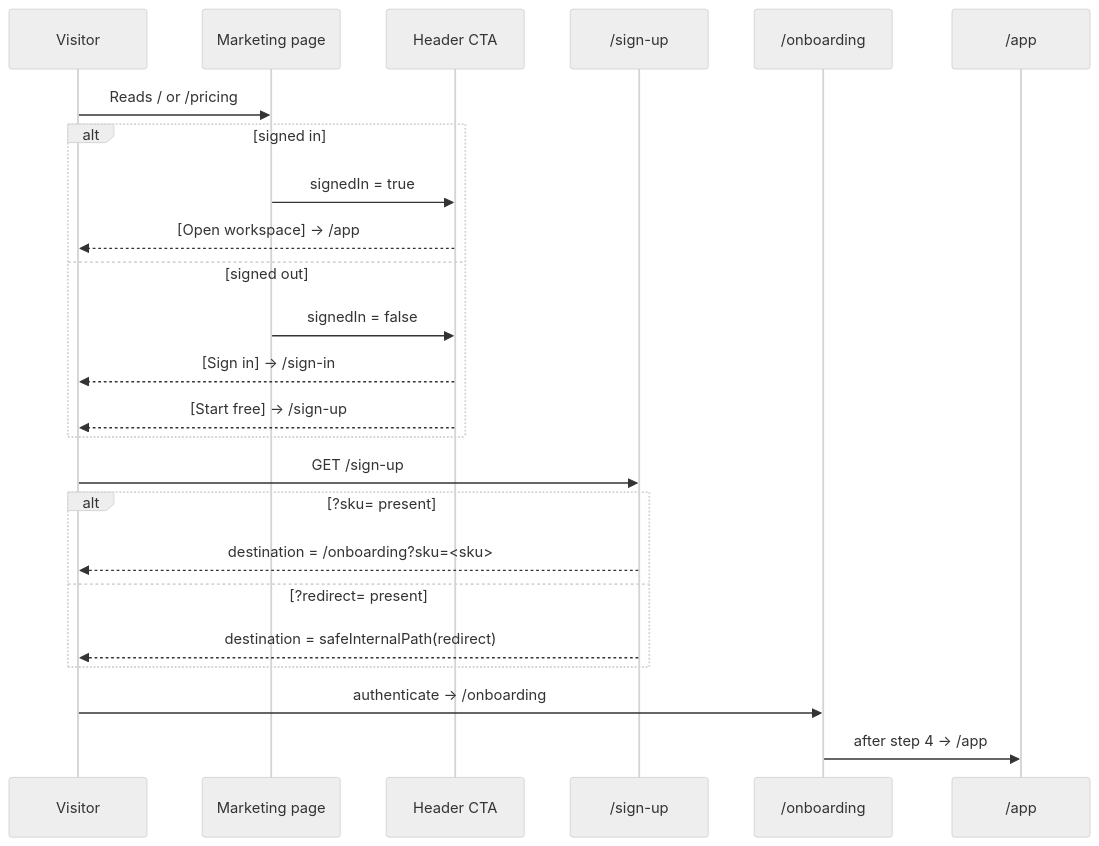
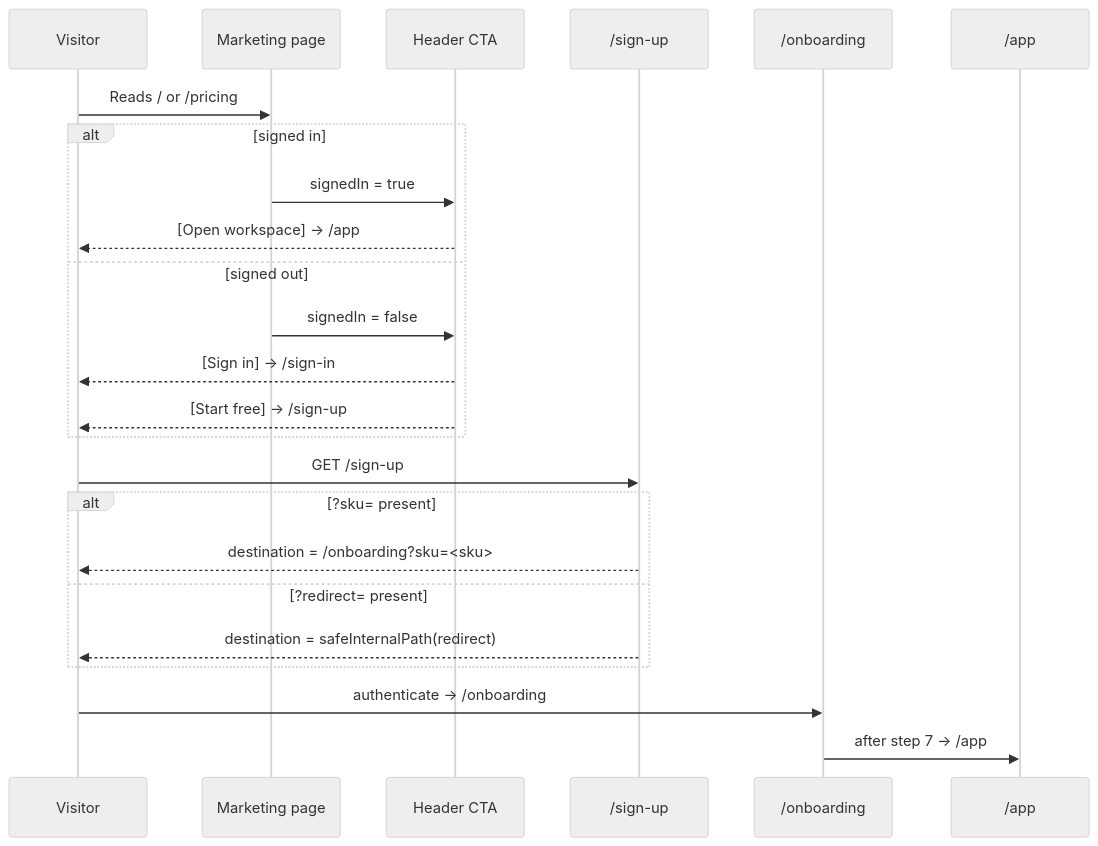
Before and after one commit to anurag3407/applybee: the third of 5 diagrams in userflow.md, drawn with Mermaid (neutral theme). The commit also changed other lines of this file and 55 other files, not shown here.

````diff
--- a/userflow.md
+++ b/userflow.md
@@ -241,27 +236,27 @@
 ```mermaid
 sequenceDiagram
     participant U as Visitor
     participant M as Marketing page
     participant H as Header CTA
     participant S as /sign-up
     participant O as /onboarding
     participant A as /app
 
     U->>M: Reads / or /pricing
     alt signed in
         M->>H: signedIn = true
         H-->>U: [Open workspace] → /app
     else signed out
         M->>H: signedIn = false
         H-->>U: [Sign in] → /sign-in
         H-->>U: [Start free] → /sign-up
     end
     U->>S: GET /sign-up
     alt ?sku= present
         S-->>U: destination = /onboarding?sku=<sku>
     else ?redirect= present
         S-->>U: destination = safeInternalPath(redirect)
     end
     U->>O: authenticate → /onboarding
-    O->>A: after step 4 → /app
+    O->>A: after step 7 → /app
 ```
````
